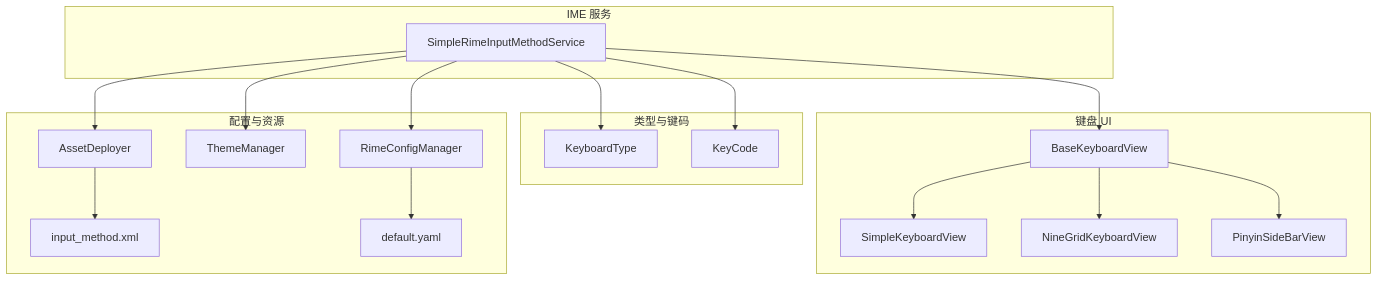
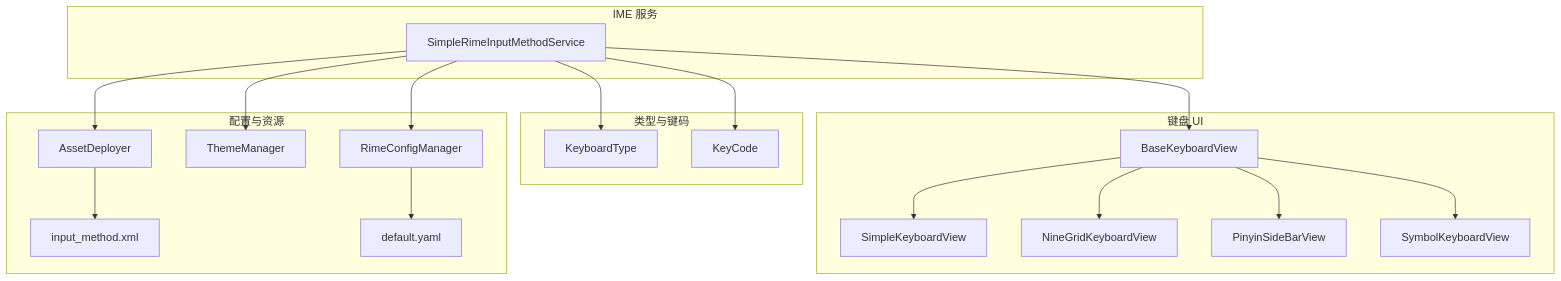
Before and after one commit to qiaodashaoye/ziyou-ime: the first of 4 diagrams in .qoder/repowiki/zh/content/键盘实现/键盘类型系统.md, drawn with Mermaid. The commit also changed other lines of this file and 4 other files, not shown here.

Commit message:
docs(repowiki): 同步 AI 面板/图片发送/符号键盘 架构文档

````diff
--- a/.qoder/repowiki/zh/content/键盘实现/键盘类型系统.md
+++ b/.qoder/repowiki/zh/content/键盘实现/键盘类型系统.md
@@ -37,34 +47,36 @@
 ```mermaid
 graph TB
 subgraph "IME 服务"
 IMS["SimpleRimeInputMethodService"]
 end
 subgraph "键盘 UI"
 BKV["BaseKeyboardView"]
 SKV["SimpleKeyboardView"]
 NGV["NineGridKeyboardView"]
 PSV["PinyinSideBarView"]
+SVK["SymbolKeyboardView"]
 end
 subgraph "类型与键码"
 KT["KeyboardType"]
 KC["KeyCode"]
 end
 subgraph "配置与资源"
 RCM["RimeConfigManager"]
 TM["ThemeManager"]
 AD["AssetDeployer"]
 XML["input_method.xml"]
 YML["default.yaml"]
 end
 IMS --> BKV
 BKV --> SKV
 BKV --> NGV
 BKV --> PSV
+BKV --> SVK
 IMS --> KT
 IMS --> KC
 IMS --> RCM
 IMS --> TM
 IMS --> AD
 RCM --> YML
 AD --> XML
 ```
````
